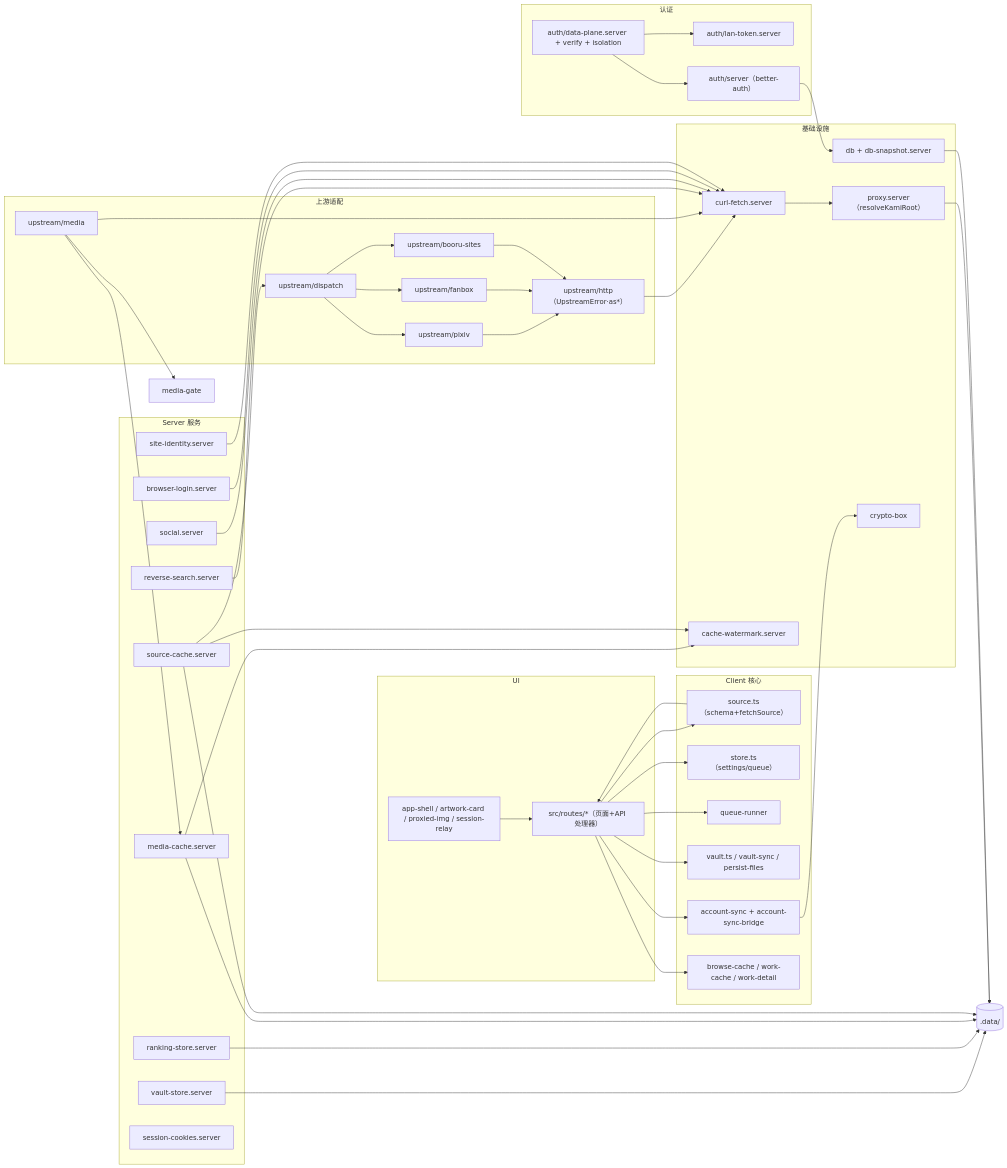
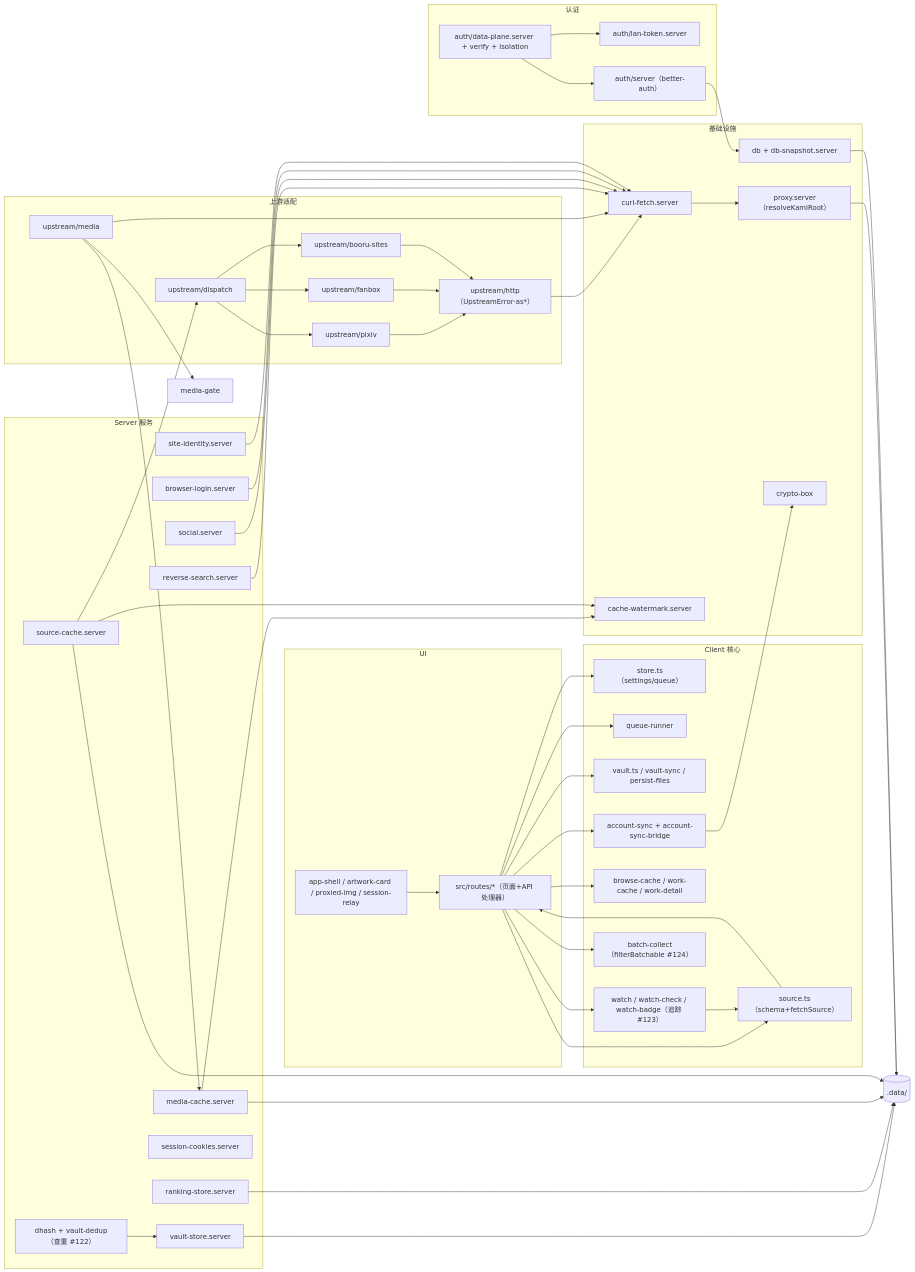
The diagram in docs/diagrams/模块关系图.md (Atsukiizumi/Kami-paperbox), drawn with Mermaid before and after one commit. The commit also changed other lines of this file and 28 other files, not shown here.

````diff
--- a/docs/diagrams/模块关系图.md
+++ b/docs/diagrams/模块关系图.md
@@ -7,67 +7,72 @@
 ```mermaid
 flowchart LR
   subgraph UI["UI"]
     routes["src/routes/*（页面+API 处理器）"]
     shell["app-shell / artwork-card / proxied-img / session-relay"]
   end
 
   subgraph client["Client 核心"]
     source["source.ts（schema+fetchSource）"]
     store["store.ts（settings/queue）"]
     qrunner["queue-runner"]
     vclient["vault.ts / vault-sync / persist-files"]
     async["account-sync + account-sync-bridge"]
     bcache["browse-cache / work-cache / work-detail"]
+    watchc["watch / watch-check / watch-badge（追踪 #123）"]
+    batchc["batch-collect（filterBatchable #124）"]
   end
 
   subgraph upstream["上游适配"]
     dispatch["upstream/dispatch"]
     pixiv["upstream/pixiv"]
     fanbox["upstream/fanbox"]
     bsites["upstream/booru-sites"]
     uhttp["upstream/http（UpstreamError·as*）"]
     umedia["upstream/media"]
   end
 
   subgraph serverlib["Server 服务"]
     scache["source-cache.server"]
     mcache["media-cache.server"]
     rsrv["reverse-search.server"]
     socialsrv["social.server"]
     loginjob["browser-login.server"]
     vaultsrv["vault-store.server"]
+    dedupsrv["dhash + vault-dedup（查重 #122）"]
     ranksrv["ranking-store.server"]
     identity["site-identity.server"]
     whoami2["session-cookies.server"]
   end
 
   subgraph infra["基础设施"]
     curf["curl-fetch.server"]
     proxys["proxy.server（resolveKamiRoot）"]
     dbs["db + db-snapshot.server"]
     crypt["crypto-box"]
     watermark["cache-watermark.server"]
   end
 
   subgraph auth["认证"]
     dplane["auth/data-plane.server + verify + isolation"]
     lantok["auth/lan-token.server"]
     basrv["auth/server（better-auth）"]
   end
 
-  routes --> source & store & qrunner & vclient & async & bcache
+  routes --> source & store & qrunner & vclient & async & bcache & watchc & batchc
   shell --> routes
   source --> routes
+  watchc --> source
+  dedupsrv --> vaultsrv
   scache --> dispatch
   dispatch --> pixiv & fanbox & bsites
   pixiv & fanbox & bsites --> uhttp
   uhttp & umedia & rsrv & socialsrv & loginjob & identity --> curf
   umedia --> mcache & gate3["media-gate"]
   mcache & scache --> watermark
   curf --> proxys
   vaultsrv & ranksrv & mcache & scache & proxys --> data[(".data/")]
   async --> crypt
   dplane --> basrv & lantok
   basrv --> dbs
   dbs --> data
 ```
````
